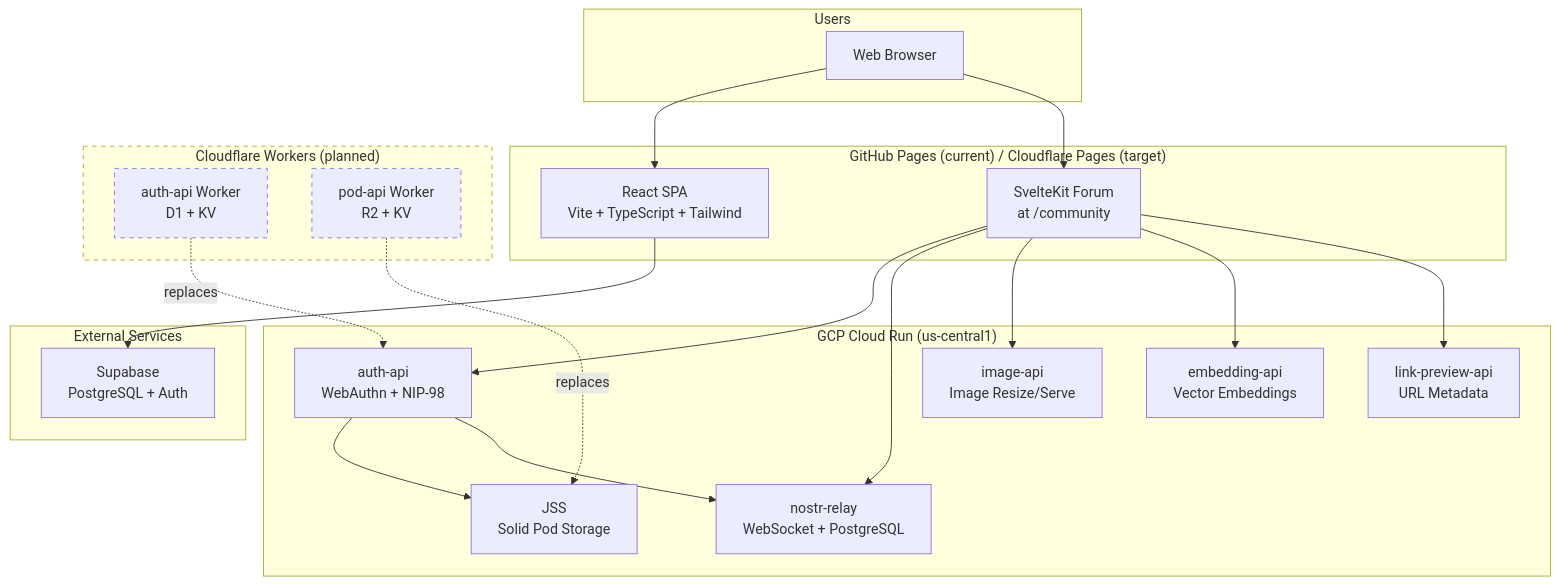
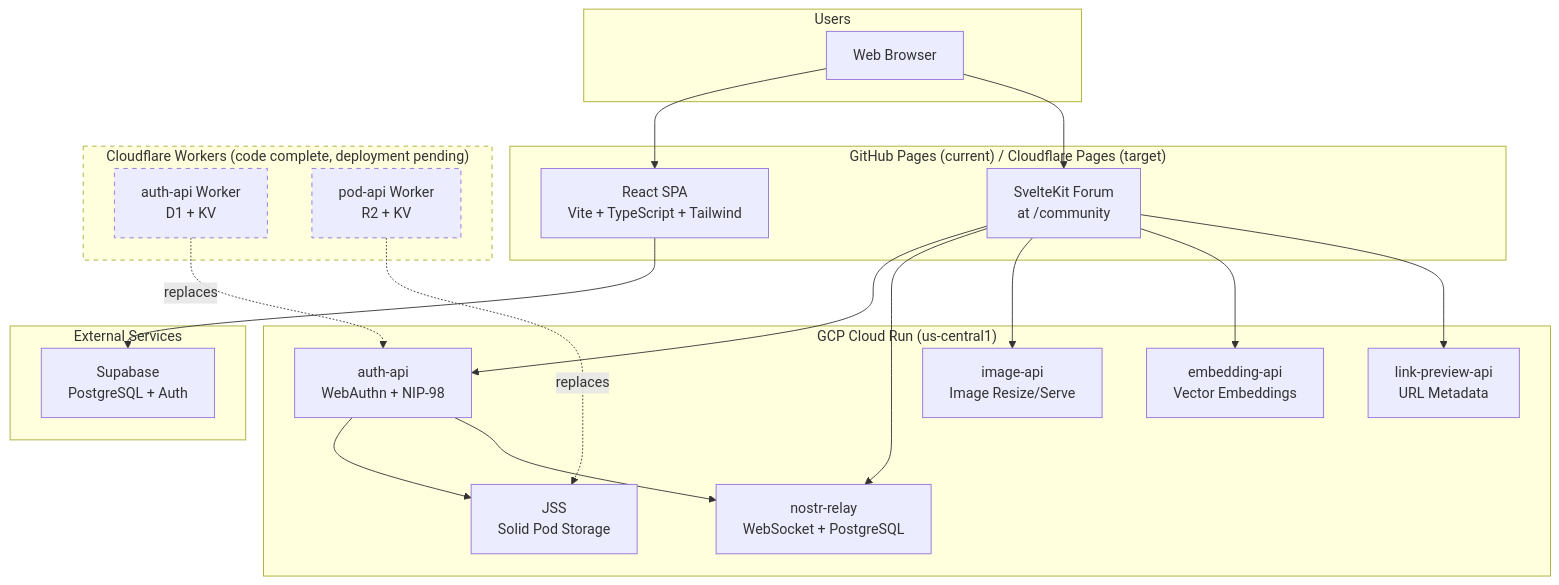
One commit to DreamLab-AI/dreamlab-ai-website changed the first of 7 diagrams in docs/architecture.md. Above: the diagram before and after it, drawn with Mermaid. The commit also changed other lines of this file and 41 other files, not shown here.

First line of the commit message:
Deploy 3 Cloudflare Workers with security hardening

````diff
--- a/docs/architecture.md
+++ b/docs/architecture.md
@@ -13,47 +13,47 @@
 ```mermaid
 graph TB
     subgraph Users["Users"]
         Browser["Web Browser"]
     end
 
     subgraph GitHubPages["GitHub Pages (current) / Cloudflare Pages (target)"]
         SPA["React SPA<br/>Vite + TypeScript + Tailwind"]
         Forum["SvelteKit Forum<br/>at /community"]
     end
 
     subgraph CloudRun["GCP Cloud Run (us-central1)"]
         AuthAPI["auth-api<br/>WebAuthn + NIP-98"]
         JSS["JSS<br/>Solid Pod Storage"]
         Relay["nostr-relay<br/>WebSocket + PostgreSQL"]
         EmbeddingAPI["embedding-api<br/>Vector Embeddings"]
         ImageAPI["image-api<br/>Image Resize/Serve"]
         LinkPreviewAPI["link-preview-api<br/>URL Metadata"]
     end
 
-    subgraph CloudflareWorkers["Cloudflare Workers (planned)"]
+    subgraph CloudflareWorkers["Cloudflare Workers (code complete, deployment pending)"]
         CFAuth["auth-api Worker<br/>D1 + KV"]
         CFPod["pod-api Worker<br/>R2 + KV"]
     end
 
     subgraph External["External Services"]
         Supabase["Supabase<br/>PostgreSQL + Auth"]
     end
 
     Browser --> SPA
     Browser --> Forum
     SPA --> Supabase
     Forum --> AuthAPI
     Forum --> Relay
     Forum --> ImageAPI
     Forum --> EmbeddingAPI
     Forum --> LinkPreviewAPI
     AuthAPI --> JSS
     AuthAPI --> Relay
 
     CFAuth -.->|"replaces"| AuthAPI
     CFPod -.->|"replaces"| JSS
 
     style CloudflareWorkers stroke-dasharray: 5 5
     style CFAuth stroke-dasharray: 5 5
     style CFPod stroke-dasharray: 5 5
 ```
````
